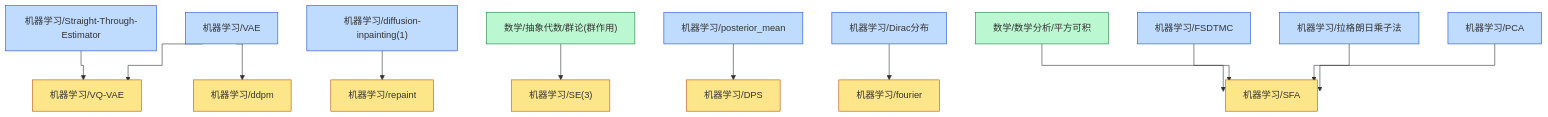
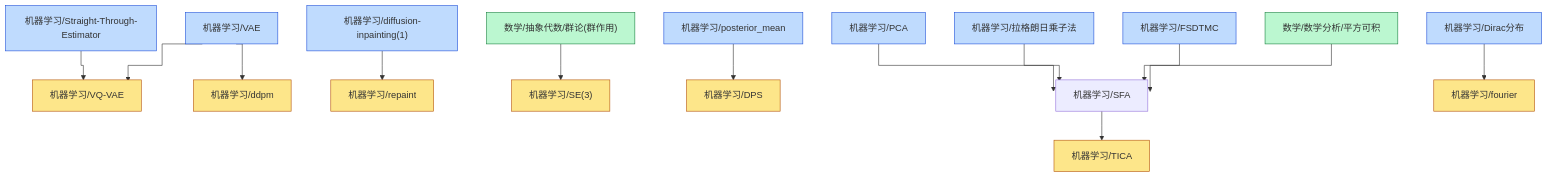
The diagram in content/机器学习/dependency_graph.md (zeroDtree/zeroDtree.github.io), drawn with Mermaid before and after one commit. The commit also changed 4 other files, not shown here.

````diff
--- a/content/机器学习/dependency_graph.md
+++ b/content/机器学习/dependency_graph.md
@@ -1,38 +1,40 @@
 ```mermaid
 %%{init: {'flowchart': {'curve': 'stepAfter'}}}%%
 graph TD
 1["机器学习/VAE"] --> 0["机器学习/VQ-VAE"]
 2["机器学习/Straight-Through-Estimator"] --> 0["机器学习/VQ-VAE"]
 4["机器学习/diffusion-inpainting(1)"] --> 3["机器学习/repaint"]
 6["数学/抽象代数/群论(群作用)"] --> 5["机器学习/SE(3)"]
 1["机器学习/VAE"] --> 7["机器学习/ddpm"]
 9["机器学习/posterior_mean"] --> 8["机器学习/DPS"]
-11["机器学习/Dirac分布"] --> 10["机器学习/fourier"]
-13["机器学习/PCA"] --> 12["机器学习/SFA"]
-14["机器学习/拉格朗日乘子法"] --> 12["机器学习/SFA"]
-15["机器学习/FSDTMC"] --> 12["机器学习/SFA"]
-16["数学/数学分析/平方可积"] --> 12["机器学习/SFA"]
+11["机器学习/SFA"] --> 10["机器学习/TICA"]
+13["机器学习/Dirac分布"] --> 12["机器学习/fourier"]
+14["机器学习/PCA"] --> 11["机器学习/SFA"]
+15["机器学习/拉格朗日乘子法"] --> 11["机器学习/SFA"]
+16["机器学习/FSDTMC"] --> 11["机器学习/SFA"]
+17["数学/数学分析/平方可积"] --> 11["机器学习/SFA"]
 classDef leaf fill:#fde68a,stroke:#b45309
 class 0,3,5,7,8,10,12 leaf
 classDef root fill:#bfdbfe,stroke:#1d4ed8
-class 1,2,4,9,11,13,14,15 root
+class 1,2,4,9,13,14,15,16 root
 classDef foundationRoot fill:#bbf7d0,stroke:#15803d
-class 6,16 foundationRoot
+class 6,17 foundationRoot
 click 0 "/机器学习/vq-vae" "机器学习/VQ-VAE"
 click 1 "/机器学习/vae" "机器学习/VAE"
 click 2 "/机器学习/straight-through-estimator" "机器学习/Straight-Through-Estimator"
 click 3 "/机器学习/repaint" "机器学习/repaint"
 click 4 "/机器学习/diffusion-inpainting(1)" "机器学习/diffusion-inpainting(1)"
 click 5 "/机器学习/se(3)" "机器学习/SE(3)"
 click 6 "/数学/抽象代数/群论(群作用)" "数学/抽象代数/群论(群作用)"
 click 7 "/机器学习/ddpm" "机器学习/ddpm"
 click 8 "/机器学习/dps" "机器学习/DPS"
 click 9 "/机器学习/posterior_mean" "机器学习/posterior_mean"
-click 10 "/机器学习/fourier" "机器学习/fourier"
-click 11 "/机器学习/dirac分布" "机器学习/Dirac分布"
-click 12 "/机器学习/sfa" "机器学习/SFA"
-click 13 "/机器学习/pca" "机器学习/PCA"
-click 14 "/机器学习/拉格朗日乘子法" "机器学习/拉格朗日乘子法"
-click 15 "/机器学习/fsdtmc" "机器学习/FSDTMC"
-click 16 "/数学/数学分析/平方可积" "数学/数学分析/平方可积"
+click 10 "/机器学习/tica" "机器学习/TICA"
+click 11 "/机器学习/sfa" "机器学习/SFA"
+click 12 "/机器学习/fourier" "机器学习/fourier"
+click 13 "/机器学习/dirac分布" "机器学习/Dirac分布"
+click 14 "/机器学习/pca" "机器学习/PCA"
+click 15 "/机器学习/拉格朗日乘子法" "机器学习/拉格朗日乘子法"
+click 16 "/机器学习/fsdtmc" "机器学习/FSDTMC"
+click 17 "/数学/数学分析/平方可积" "数学/数学分析/平方可积"
 ```
````
